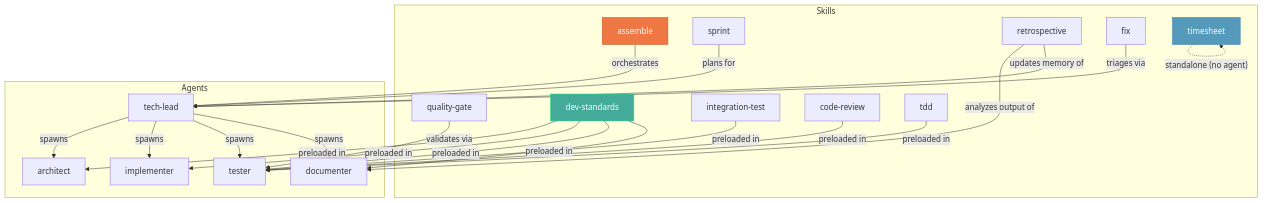
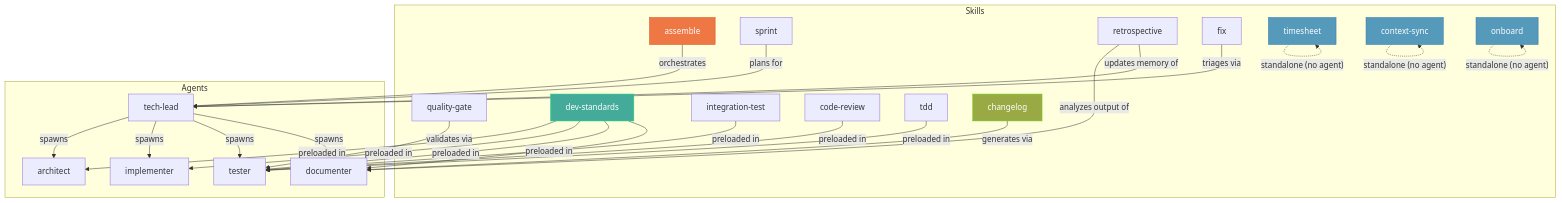
One commit to Muheng1992/symbiotic-engineering changed the sixth of 18 diagrams in docs/plugin/agent-army-design.md. Above: the diagram before and after it, drawn with Mermaid. The commit also changed other lines of this file and 24 other files, not shown here.

First line of the commit message:
feat: add context-sync, onboard, changelog skills and project templates

````diff
--- a/docs/plugin/agent-army-design.md
+++ b/docs/plugin/agent-army-design.md
@@ -383,50 +409,60 @@
 ```mermaid
 graph TD
     subgraph "Skills"
         S1[assemble]
         S2[sprint]
         S3[quality-gate]
         S5[dev-standards]
         S6[integration-test]
         S7[code-review]
         S8[retrospective]
         S9[tdd]
         S10[fix]
         S11[timesheet]
+        S12[context-sync]
+        S13[onboard]
+        S14[changelog]
     end
 
     subgraph "Agents"
         A1[tech-lead]
         A2[architect]
         A3[implementer]
         A4[tester]
         A5[documenter]
     end
 
     S1 -->|orchestrates| A1
     S2 -->|plans for| A1
     S3 -->|validates via| A4
     S6 -->|preloaded in| A4
     S7 -->|preloaded in| A4
     S9 -->|preloaded in| A4
     S10 -->|"triages via"| A1
 
     S8 -->|"analyzes output of"| A5
     S8 -->|"updates memory of"| A1
 
+    S14 -->|"generates via"| A5
+
     S5 -->|preloaded in| A2
     S5 -->|preloaded in| A3
     S5 -->|preloaded in| A4
     S5 -->|preloaded in| A5
 
     A1 -->|spawns| A2
     A1 -->|spawns| A3
     A1 -->|spawns| A4
     A1 -->|spawns| A5
 
     S11 -.->|"standalone (no agent)"| S11
+    S12 -.->|"standalone (no agent)"| S12
+    S13 -.->|"standalone (no agent)"| S13
 
     style S1 fill:#e74,stroke:#c52,color:#fff
     style S5 fill:#4a9,stroke:#2d7,color:#fff
     style S11 fill:#59b,stroke:#37a,color:#fff
+    style S12 fill:#59b,stroke:#37a,color:#fff
+    style S13 fill:#59b,stroke:#37a,color:#fff
+    style S14 fill:#9a4,stroke:#7d2,color:#fff
 ```
````
